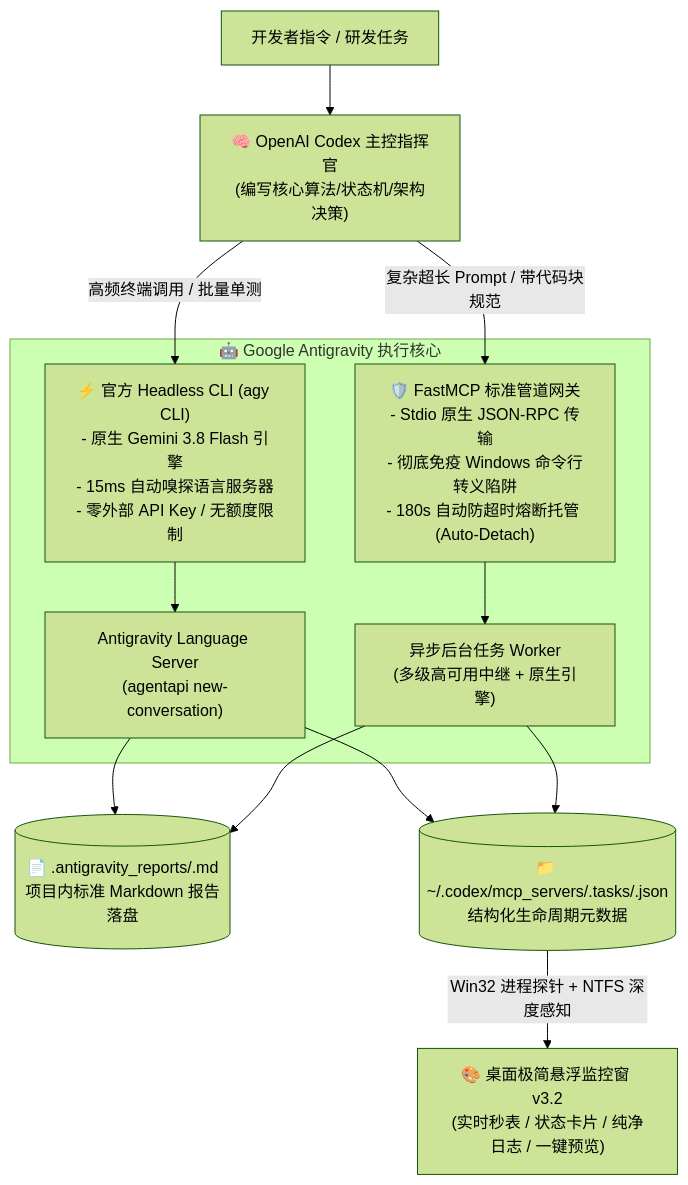
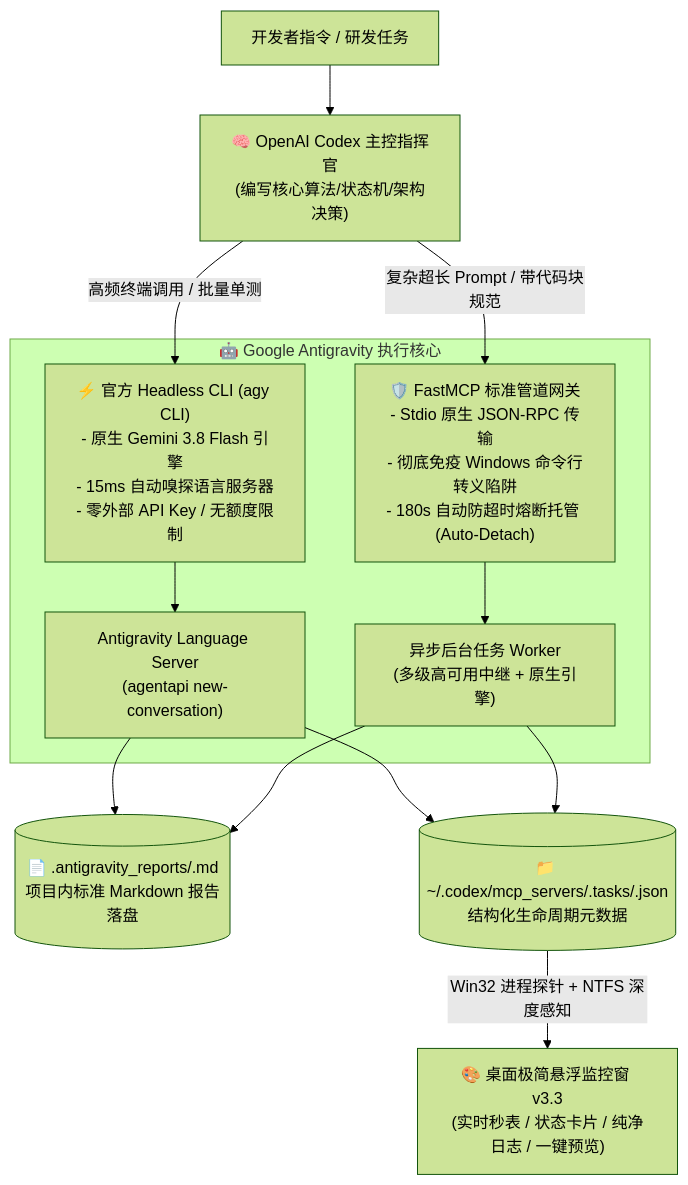
One commit to WJAnnie/codex-antigravity-bridge changed the diagram in README.md. Above: the diagram before and after it, drawn with Mermaid (forest theme). The commit also changed other lines of this file and 4 other files, not shown here.

````diff
--- a/README.md
+++ b/README.md
@@ -38,17 +38,17 @@
 ```mermaid
 flowchart TD
     User["开发者指令 / 研发任务"] --> Codex["🧠 OpenAI Codex 主控指挥官\n(编写核心算法/状态机/架构决策)"]
     
     Codex -->|高频终端调用 / 批量单测| CLI["⚡ 官方 Headless CLI (agy CLI)\n- 原生 Gemini 3.8 Flash 引擎\n- 15ms 自动嗅探语言服务器\n- 零外部 API Key / 无额度限制"]
     Codex -->|复杂超长 Prompt / 带代码块规范| MCP["🛡️ FastMCP 标准管道网关\n- Stdio 原生 JSON-RPC 传输\n- 彻底免疫 Windows 命令行转义陷阱\n- 180s 自动防超时熔断托管 (Auto-Detach)"]
 
     subgraph Core ["🤖 Google Antigravity 执行核心"]
         CLI --> Native["Antigravity Language Server\n(agentapi new-conversation)"]
         MCP --> CoreWorker["异步后台任务 Worker\n(多级高可用中继 + 原生引擎)"]
     end
 
     Native & CoreWorker --> Result[("📄 .antigravity_reports/<task_id>.md\n项目内标准 Markdown 报告落盘")]
     Native & CoreWorker --> Tasks[("📁 ~/.codex/mcp_servers/.tasks/<id>.json\n结构化生命周期元数据")]
 
-    Tasks -->|Win32 进程探针 + NTFS 深度感知| Widget["🎨 桌面极简悬浮监控窗 v3.2\n(实时秒表 / 状态卡片 / 纯净日志 / 一键预览)"]
+    Tasks -->|Win32 进程探针 + NTFS 深度感知| Widget["🎨 桌面极简悬浮监控窗 v3.3\n(实时秒表 / 状态卡片 / 纯净日志 / 一键预览)"]
 ```
````
